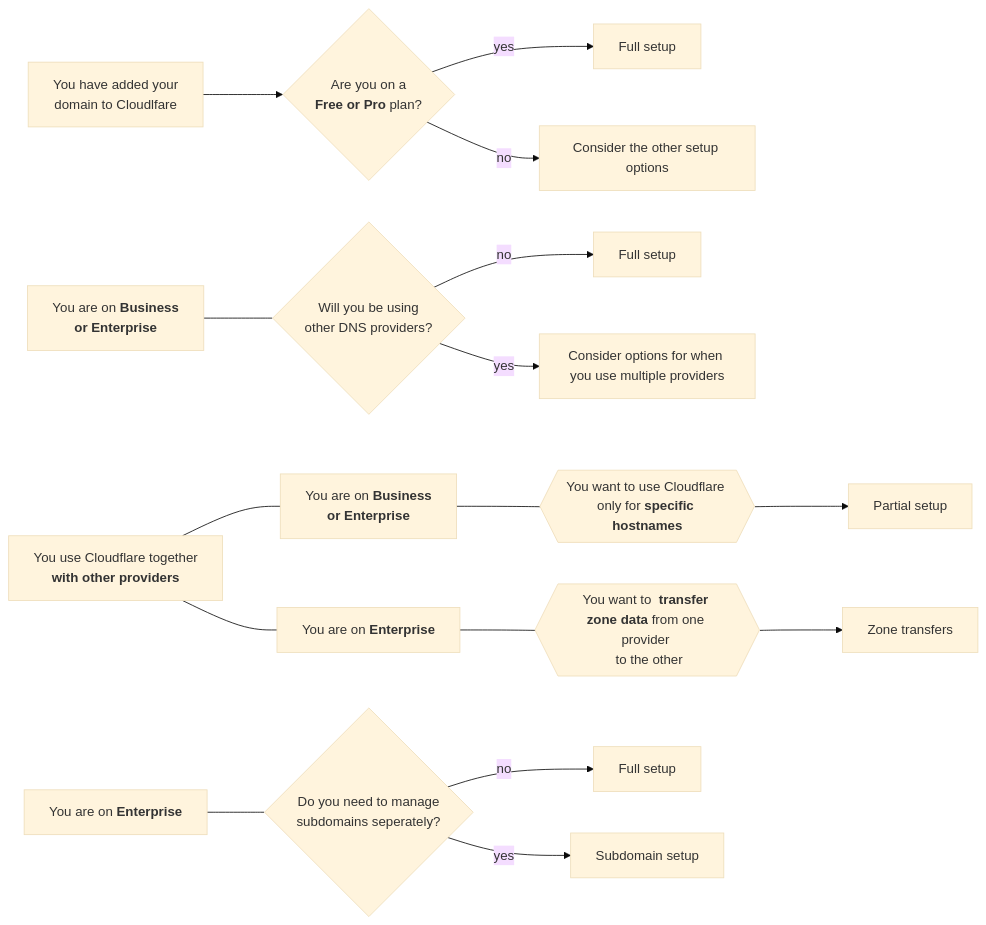
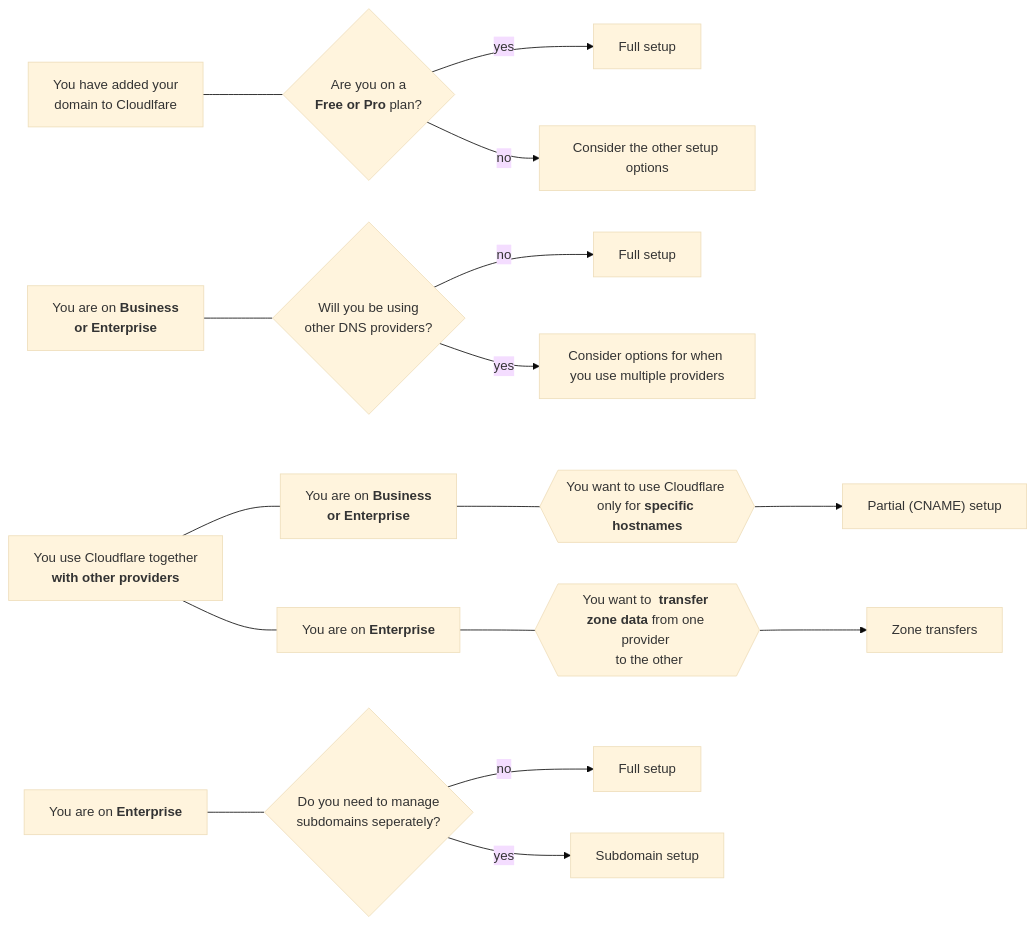
The diagram in content/dns/zone-setups/_index.md (cloudflare/cloudflare-docs), drawn with Mermaid (base theme) before and after one commit. The commit also changed other lines of this file, not shown here.

Commit message:
Small tweaks, heading and intro paragraph

````diff
--- a/content/dns/zone-setups/_index.md
+++ b/content/dns/zone-setups/_index.md
@@ -22,38 +26,38 @@
 ```mermaid
 flowchart LR
 
 A[You have added your <br /> domain to Cloudlfare]
 Q1{Are you on a <br /> <strong>Free or Pro</strong> plan?}
 B[Full setup]
 C[Consider the other setup options]
 
-A --> Q1
+A --- Q1
 Q1 -- yes --> B
 Q1 -- no --> C
 
 
 C1[You are on <strong>Business <br /> or Enterprise</strong>]
 Q2{Will you be using <br /> other DNS providers?}
 
 C1 --- Q2
 Q2 -- no --> B2[Full setup]
 Q2 -- yes --> D[Consider options for when you use multiple providers]
 
 D1[You use Cloudflare together <br /><strong>with other providers</strong>]
 Q3[You are on <strong>Business <br />or Enterprise</strong>]
 Q4{{You want to use Cloudflare <br />only for <strong>specific hostnames</strong>}}
 Q5[You are on <strong>Enterprise</strong>]
 Q6{{You want to  <strong>transfer <br />zone data</strong> from one provider <br /> to the other}}
-E[Partial setup]
+E["Partial (CNAME) setup"]
 F[Zone transfers]
 
 D1 --- Q3 --- Q4 ---> E
 D1 --- Q5 --- Q6 ---> F
 
 G[You are on <strong>Enterprise</strong>]
 Q7{Do you need to manage <br /> subdomains seperately?}
 
 G --- Q7
 Q7 -- no --> B1[Full setup]
 Q7 -- yes --> H[Subdomain setup]
 ```
````
